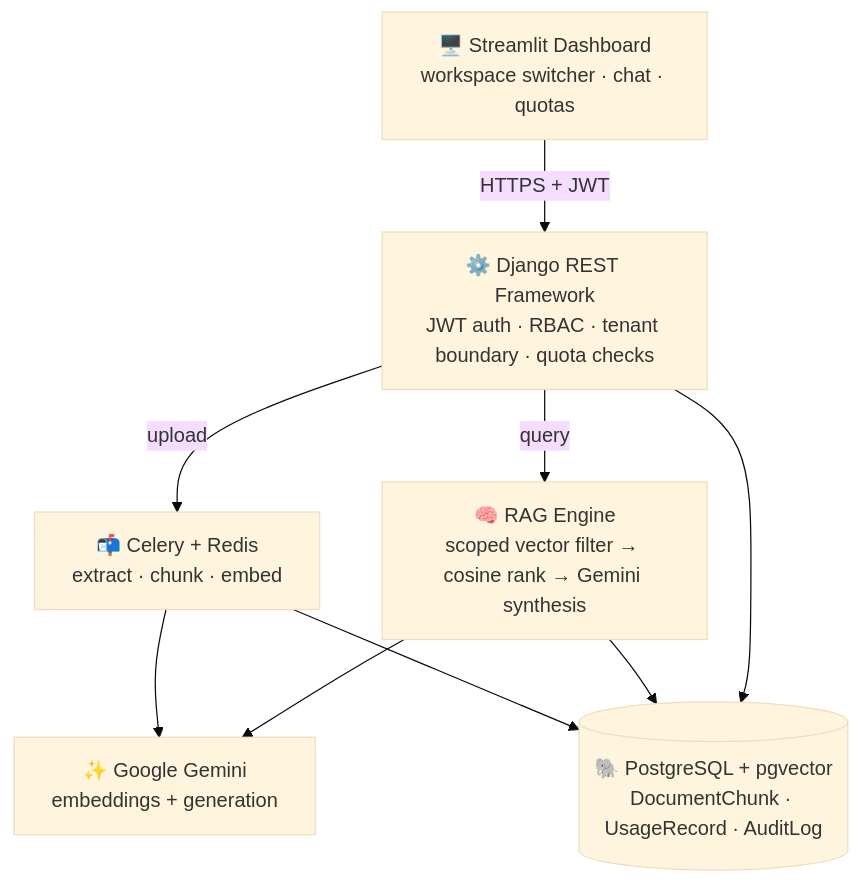
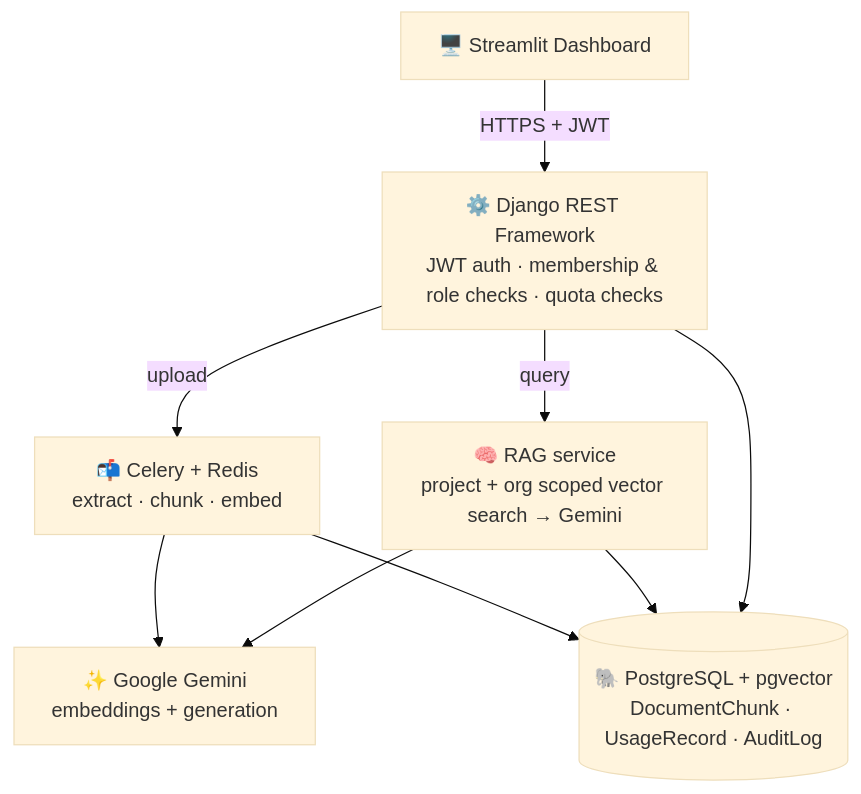
One commit to ShashankSingh2020/multi-tenant-rag-engine changed the first of 3 diagrams in README.md. Above: the diagram before and after it, drawn with Mermaid (base theme). The commit also changed other lines of this file, not shown here.

````diff
--- a/README.md
+++ b/README.md
@@ -55,18 +58,18 @@
 ```mermaid
 flowchart TD
-    UI["🖥️ Streamlit Dashboard<br/>workspace switcher · chat · quotas"]
-    API["⚙️ Django REST Framework<br/>JWT auth · RBAC · tenant boundary · quota checks"]
+    UI["🖥️ Streamlit Dashboard"]
+    API["⚙️ Django REST Framework<br/>JWT auth · membership & role checks · quota checks"]
     Q["📬 Celery + Redis<br/>extract · chunk · embed"]
-    RAG["🧠 RAG Engine<br/>scoped vector filter → cosine rank → Gemini synthesis"]
+    RAG["🧠 RAG service<br/>project + org scoped vector search → Gemini"]
     DB[("🐘 PostgreSQL + pgvector<br/>DocumentChunk · UsageRecord · AuditLog")]
     G["✨ Google Gemini<br/>embeddings + generation"]
 
     UI -- "HTTPS + JWT" --> API
     API -- "upload" --> Q
     API -- "query" --> RAG
     Q --> G
     RAG --> G
     Q --> DB
     RAG --> DB
     API --> DB
 ```
````
